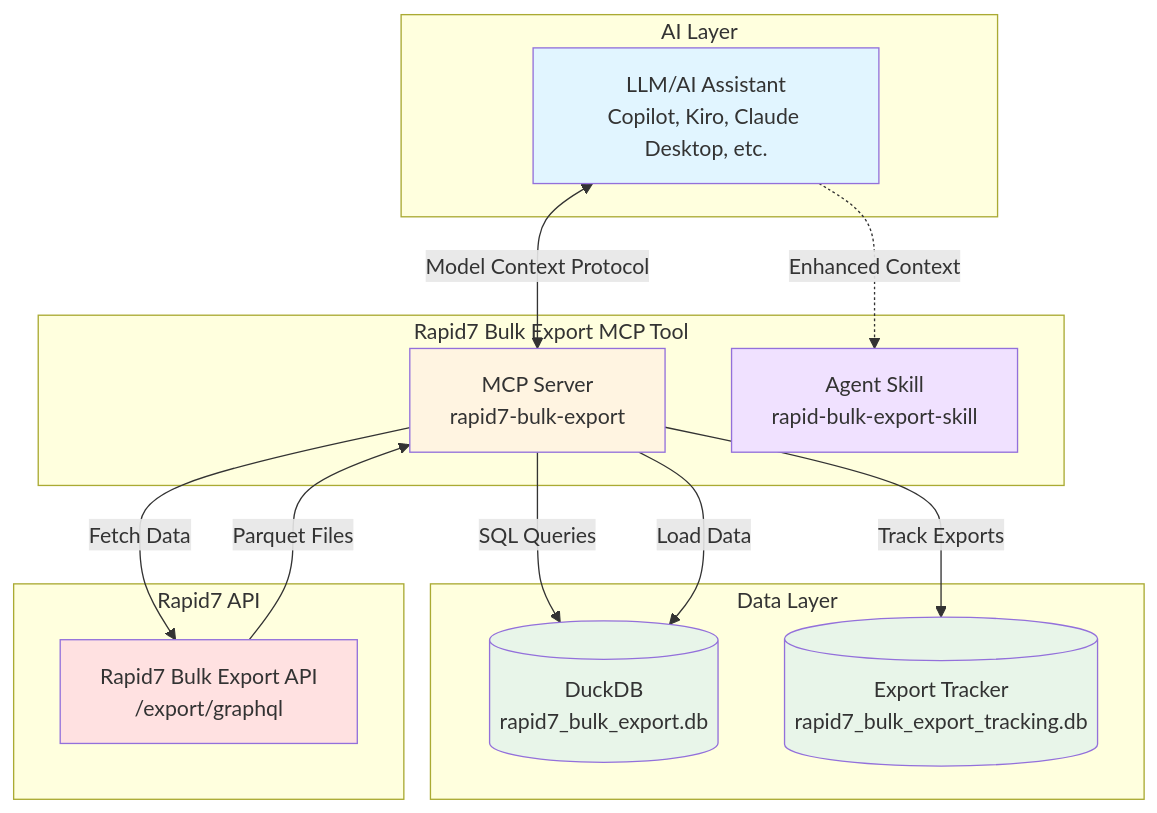
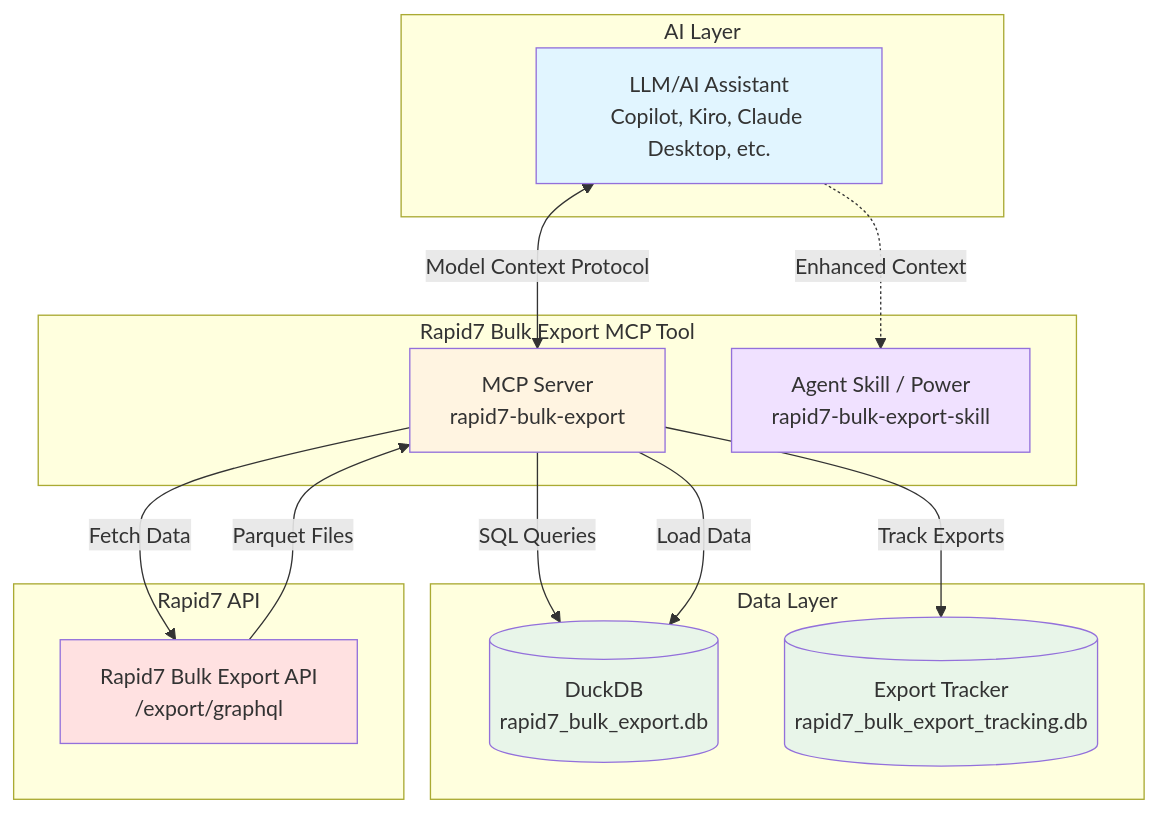
One commit to rapid7/rapid7-bulk-export-mcp changed the diagram in README.md. Above: the diagram before and after it, drawn with Mermaid. The commit also changed other lines of this file and 11 other files, not shown here.

First line of the commit message:
Add Kiro Power, update README and SKILL.md

````diff
--- a/README.md
+++ b/README.md
@@ -347,35 +458,35 @@
 ```mermaid
 graph TB
     subgraph "AI Layer"
         LLM[LLM/AI Assistant<br/>Copilot, Kiro, Claude Desktop, etc.]
     end
 
     subgraph "Rapid7 Bulk Export MCP Tool"
         MCP[MCP Server<br/>rapid7-bulk-export]
-        Skill[Agent Skill<br/>rapid-bulk-export-skill]
+        Skill[Agent Skill / Power<br/>rapid7-bulk-export-skill]
     end
 
     subgraph "Data Layer"
         DB[(DuckDB<br/>rapid7_bulk_export.db)]
         Tracker[(Export Tracker<br/>rapid7_bulk_export_tracking.db)]
     end
 
     subgraph "Rapid7 API"
         R7[Rapid7 Bulk Export API<br/>/export/graphql ]
     end
 
     LLM <-->|Model Context Protocol| MCP
     LLM -.->|Enhanced Context| Skill
     MCP -->|SQL Queries| DB
     MCP -->|Track Exports| Tracker
     MCP -->|Fetch Data| R7
     R7 -->|Parquet Files| MCP
     MCP -->|Load Data| DB
 
     style LLM fill:#e1f5ff
     style MCP fill:#fff4e1
     style Skill fill:#f0e1ff
     style DB fill:#e8f5e9
     style Tracker fill:#e8f5e9
     style R7 fill:#ffe1e1
 ```
````
